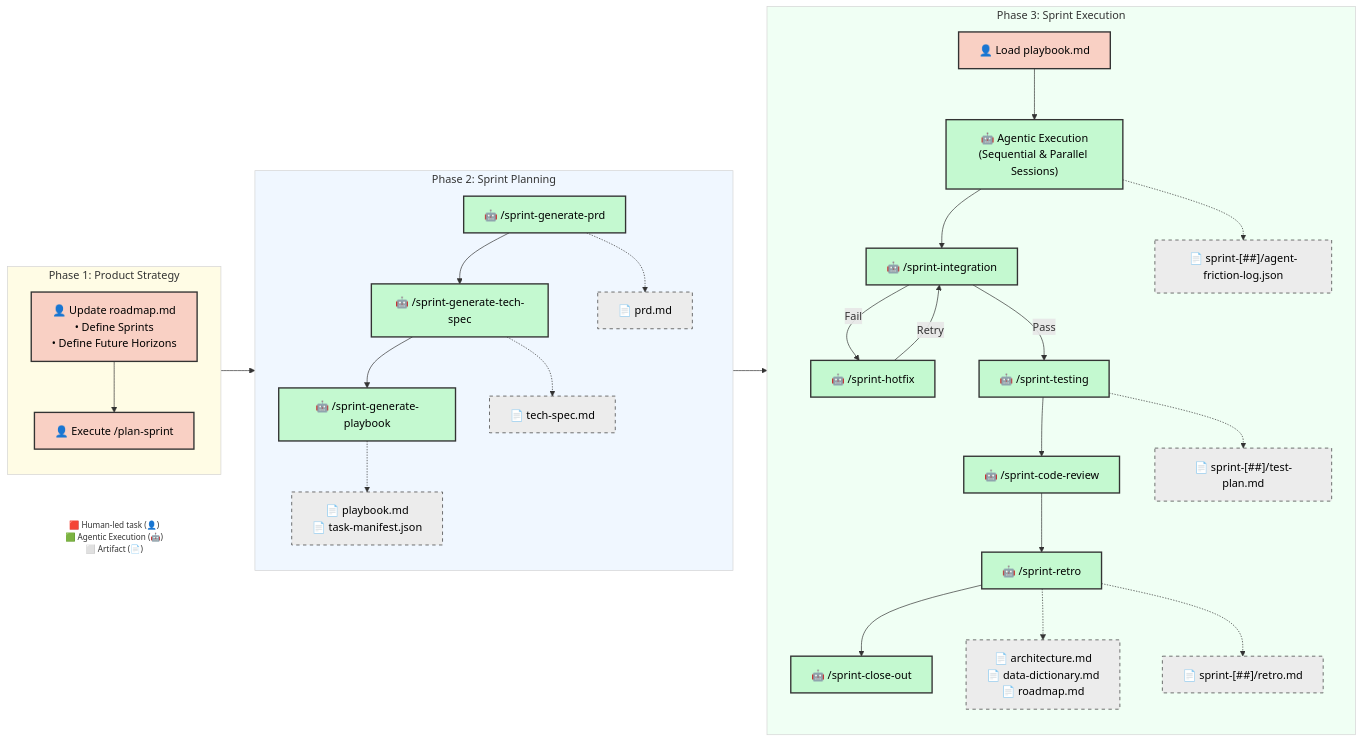
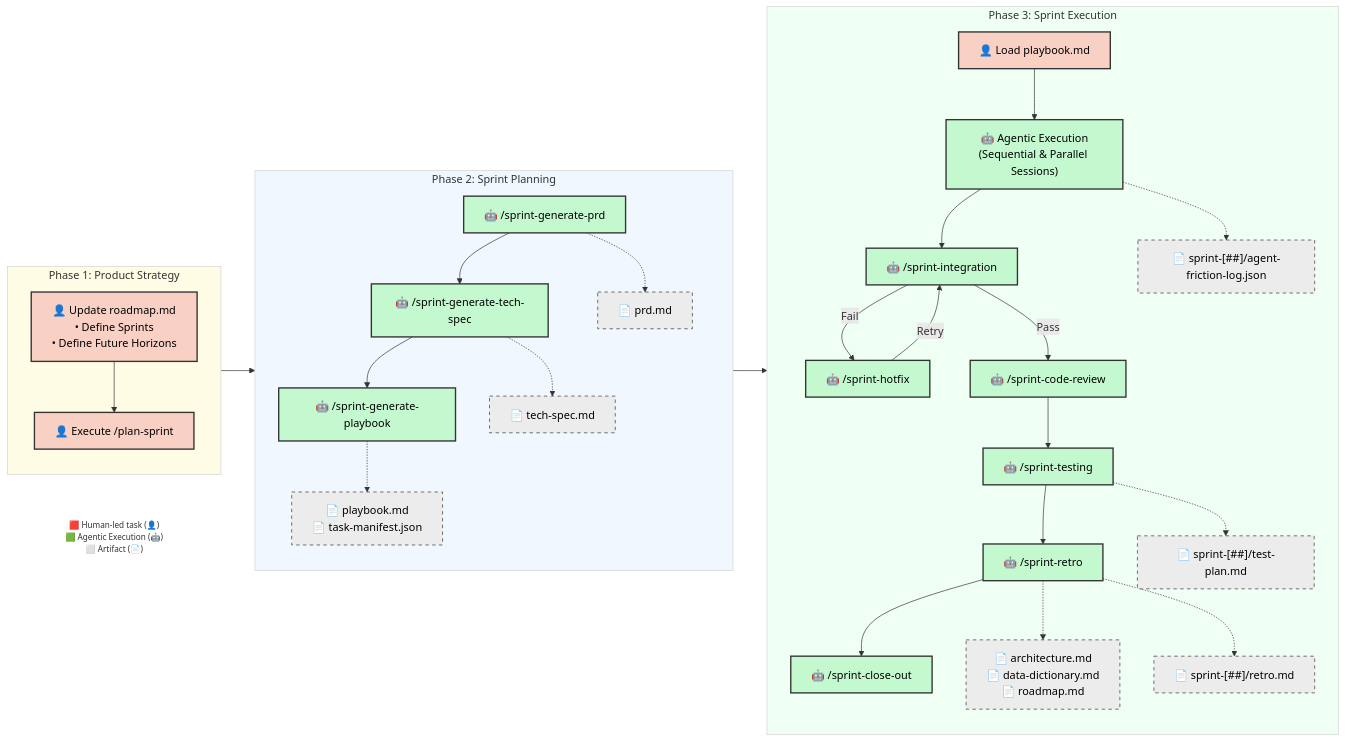
Before and after one commit to dsj1984/agent-protocols: the diagram in .agents/SDLC.md, drawn with Mermaid. The commit also changed other lines of this file and 10 other files, not shown here.

First line of the commit message:
fix: complete legacy config cleanup and SDLC diagram correction (v4.1.1)

````diff
--- a/.agents/SDLC.md
+++ b/.agents/SDLC.md
@@ -33,67 +33,67 @@
 ```mermaid
     graph LR
     classDef manual fill:#f9d0c4,stroke:#333,stroke-width:2px,color:#000;
     classDef agentic fill:#c4f9d0,stroke:#333,stroke-width:2px,color:#000;
     classDef artifact fill:#ececec,stroke:#333,stroke-width:1px,stroke-dasharray: 5 5,color:#000;
     classDef LegendNode fill:transparent,stroke:transparent,font-size:12px;
 
     %% Legend
     Legend["🟥 Human-led task (👤)<br/>🟩 Agentic Execution (🤖)<br/>⬜ Artifact (📄)"]:::LegendNode
 
     %% Phase 1: Product Strategy
     subgraph Phase1 ["Phase 1: Product Strategy"]
         direction TB
         B["👤 Update roadmap.md<br/>• Define Sprints<br/>• Define Future Horizons"]:::manual
         D["👤 Execute /plan-sprint"]:::manual
         B --> D
     end
 
     %% Phase 2: Automated Planning
     subgraph Phase2 ["Phase 2: Sprint Planning"]
         direction TB
         F["🤖 /sprint-generate-prd"]:::agentic
         G["🤖 /sprint-generate-tech-spec"]:::agentic
         H["🤖 /sprint-generate-playbook"]:::agentic
 
         F --> G
         G --> H
 
         F -.-> F_Art["📄 prd.md"]:::artifact
         G -.-> G_Art["📄 tech-spec.md"]:::artifact
         H -.-> H_Art["📄 playbook.md<br/>📄 task-manifest.json"]:::artifact
     end
 
     %% Phase 3: Execution & Closure
     subgraph Phase3 ["Phase 3: Sprint Execution"]
         direction TB
         I["👤 Load playbook.md"]:::manual
         J["🤖 Agentic Execution<br/>(Sequential & Parallel Sessions)"]:::agentic
         K["🤖 /sprint-integration"]:::agentic
         K_Fix["🤖 /sprint-hotfix"]:::agentic
         L["🤖 /sprint-testing"]:::agentic
         O["🤖 /sprint-code-review"]:::agentic
         P["🤖 /sprint-retro"]:::agentic
         Q2["🤖 /sprint-close-out"]:::agentic
 
         I --> J
         J --> K
         K -- "Fail" --> K_Fix
         K_Fix -- "Retry" --> K
-        K -- "Pass" --> L
-        L --> O
-        O --> P
+        K -- "Pass" --> O
+        O --> L
+        L --> P
         P --> Q2
 
         L -.-> L_Art["📄 sprint-[##]/test-plan.md"]:::artifact
         J -.-> J_Log["📄 sprint-[##]/agent-friction-log.json"]:::artifact
         P -.-> Q["📄 architecture.md<br/>📄 data-dictionary.md<br/>📄 roadmap.md"]:::artifact
         P -.-> R["📄 sprint-[##]/retro.md"]:::artifact
     end
 
     style Phase1 fill:#fffce5,stroke:#d4d4d4,padding:0px
     style Phase2 fill:#f0f7ff,stroke:#d4d4d4,padding:0px
     style Phase3 fill:#f0fff4,stroke:#d4d4d4,padding:0px
 
     D --> F
     H_Art --> I
 ```
````
